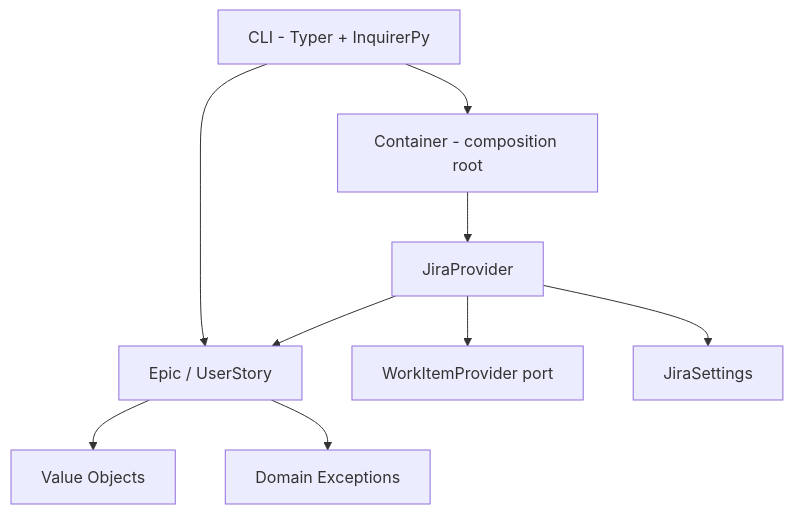
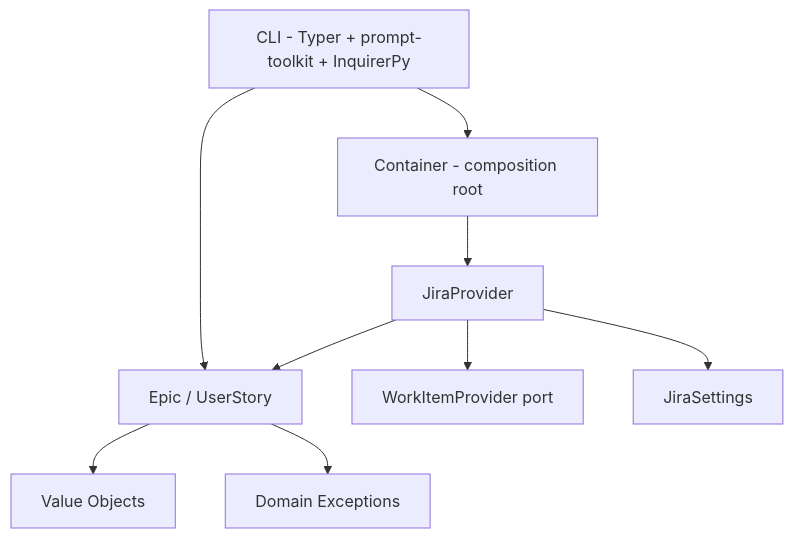
The first of 2 diagrams in docs/architecture/overview.md (alonsovndev/dev-work-wire), drawn with Mermaid before and after one commit. The commit also changed other lines of this file and 9 other files, not shown here.

````diff
--- a/docs/architecture/overview.md
+++ b/docs/architecture/overview.md
@@ -39,11 +39,11 @@
 ```mermaid
 graph TD
-    CLI[CLI - Typer + InquirerPy] --> Container[Container - composition root]
+    CLI[CLI - Typer + prompt-toolkit + InquirerPy] --> Container[Container - composition root]
     Container --> Provider[JiraProvider]
     CLI --> Domain[Epic / UserStory]
     Provider --> Port[WorkItemProvider port]
     Provider --> Domain
     Provider --> Settings[JiraSettings]
     Domain --> VO[Value Objects]
     Domain --> Exc[Domain Exceptions]
 ```
````
